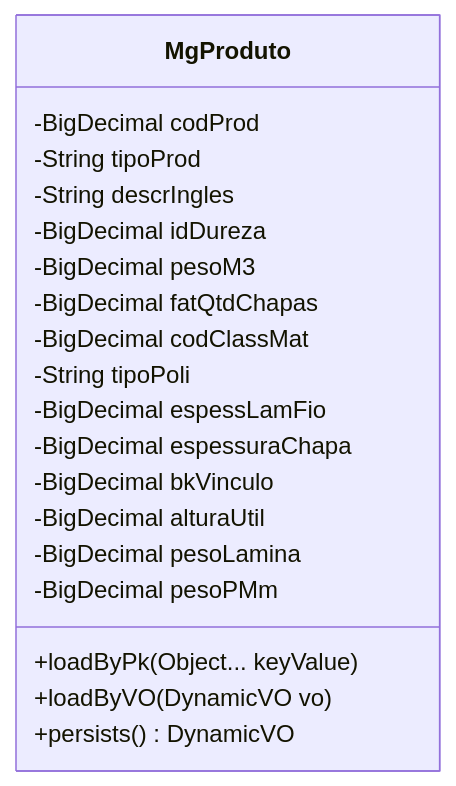
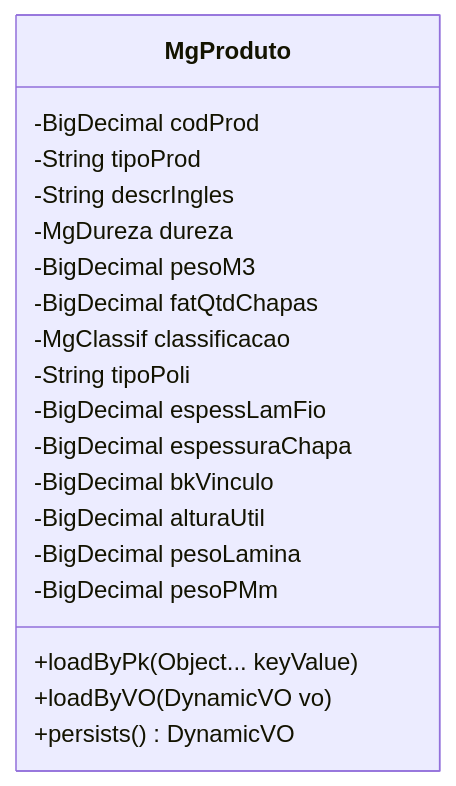
Before and after one commit to cbmsoft/margrandocs: the second of 2 diagrams in docs/_database/TMGPRODUTO.md, drawn with Mermaid. The commit also changed other lines of this file and 3 other files, not shown here.

````diff
--- a/docs/_database/TMGPRODUTO.md
+++ b/docs/_database/TMGPRODUTO.md
@@ -52,22 +72,22 @@
 ``` mermaid
 classDiagram
     class MgProduto{
       -BigDecimal codProd
       -String tipoProd
       -String descrIngles
-      -BigDecimal idDureza
+      -MgDureza dureza
       -BigDecimal pesoM3
       -BigDecimal fatQtdChapas
-      -BigDecimal codClassMat
+      -MgClassif classificacao
       -String tipoPoli
       -BigDecimal espessLamFio
       -BigDecimal espessuraChapa
       -BigDecimal bkVinculo
       -BigDecimal alturaUtil
       -BigDecimal pesoLamina
       -BigDecimal pesoPMm
       +loadByPk(Object... keyValue)
       +loadByVO(DynamicVO vo)
       +persists() DynamicVO
     }
 ```
````
